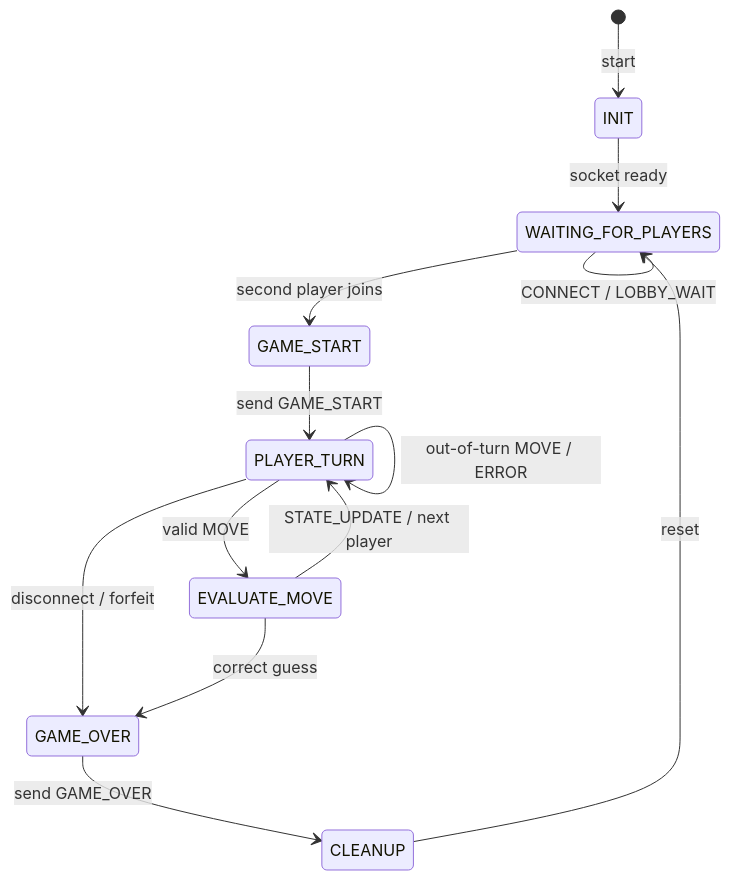
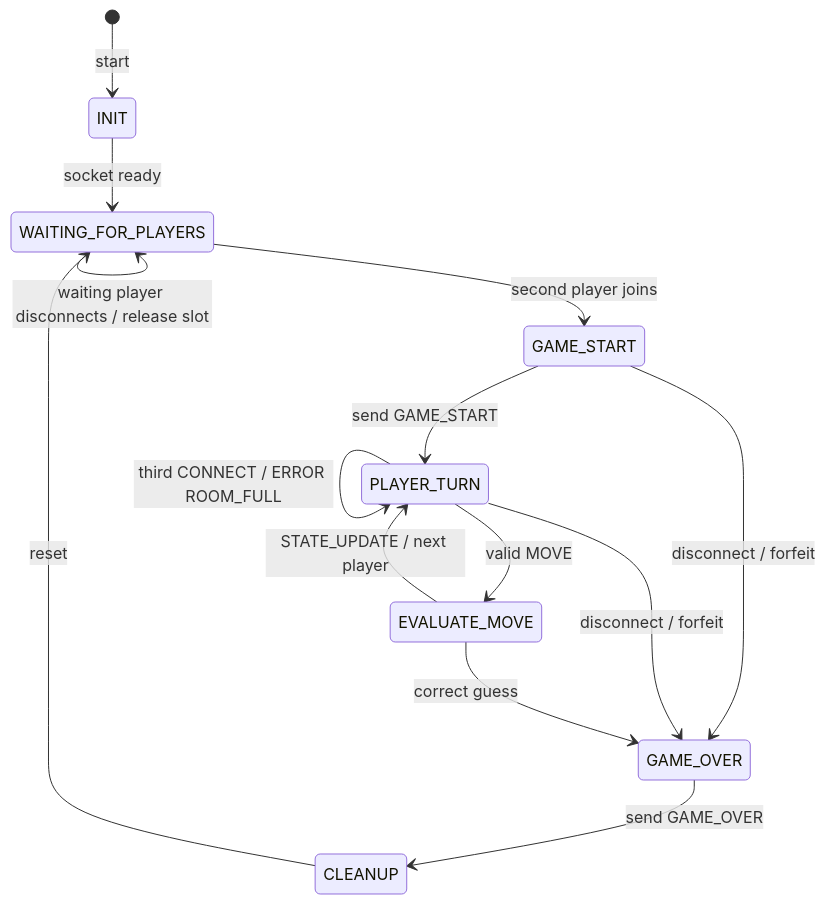
The first of 2 diagrams in fsm_specification.md (ASBM5/CS457-Middleton-Project), drawn with Mermaid before and after one commit. The commit also changed other lines of this file, not shown here.

````diff
--- a/fsm_specification.md
+++ b/fsm_specification.md
@@ -15,21 +17,24 @@
 ```mermaid
 stateDiagram-v2
     [*] --> INIT : start
     INIT --> WAITING_FOR_PLAYERS : socket ready
 
     WAITING_FOR_PLAYERS --> WAITING_FOR_PLAYERS : CONNECT / LOBBY_WAIT
+    WAITING_FOR_PLAYERS --> WAITING_FOR_PLAYERS : waiting player disconnects / release slot
     WAITING_FOR_PLAYERS --> GAME_START : second player joins
 
     GAME_START --> PLAYER_TURN : send GAME_START
+    GAME_START --> GAME_OVER : disconnect / forfeit
 
     PLAYER_TURN --> PLAYER_TURN : invalid MOVE / ERROR
     PLAYER_TURN --> PLAYER_TURN : out-of-turn MOVE / ERROR
+    PLAYER_TURN --> PLAYER_TURN : third CONNECT / ERROR ROOM_FULL
     PLAYER_TURN --> EVALUATE_MOVE : valid MOVE
     PLAYER_TURN --> GAME_OVER : disconnect / forfeit
 
     EVALUATE_MOVE --> PLAYER_TURN : STATE_UPDATE / next player
     EVALUATE_MOVE --> GAME_OVER : correct guess
 
     GAME_OVER --> CLEANUP : send GAME_OVER
     CLEANUP --> WAITING_FOR_PLAYERS : reset
 ```
````
